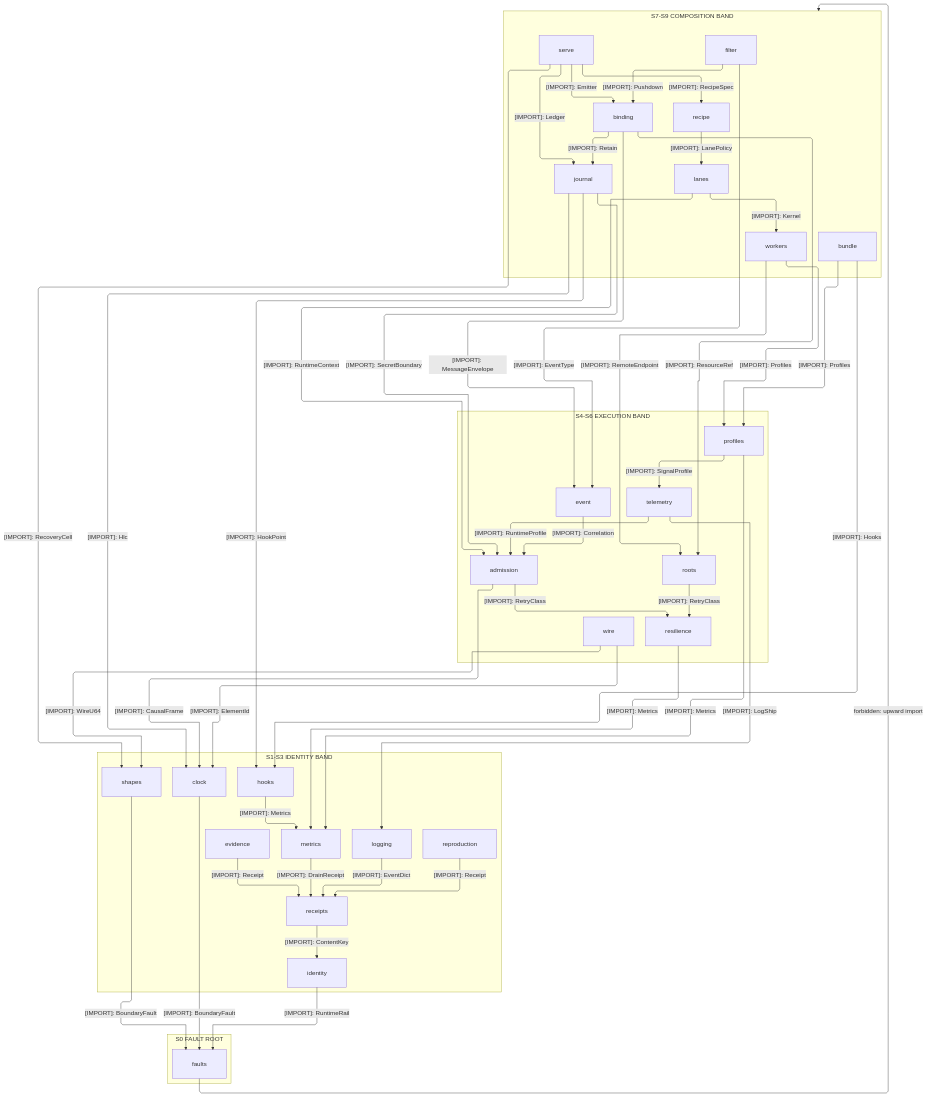
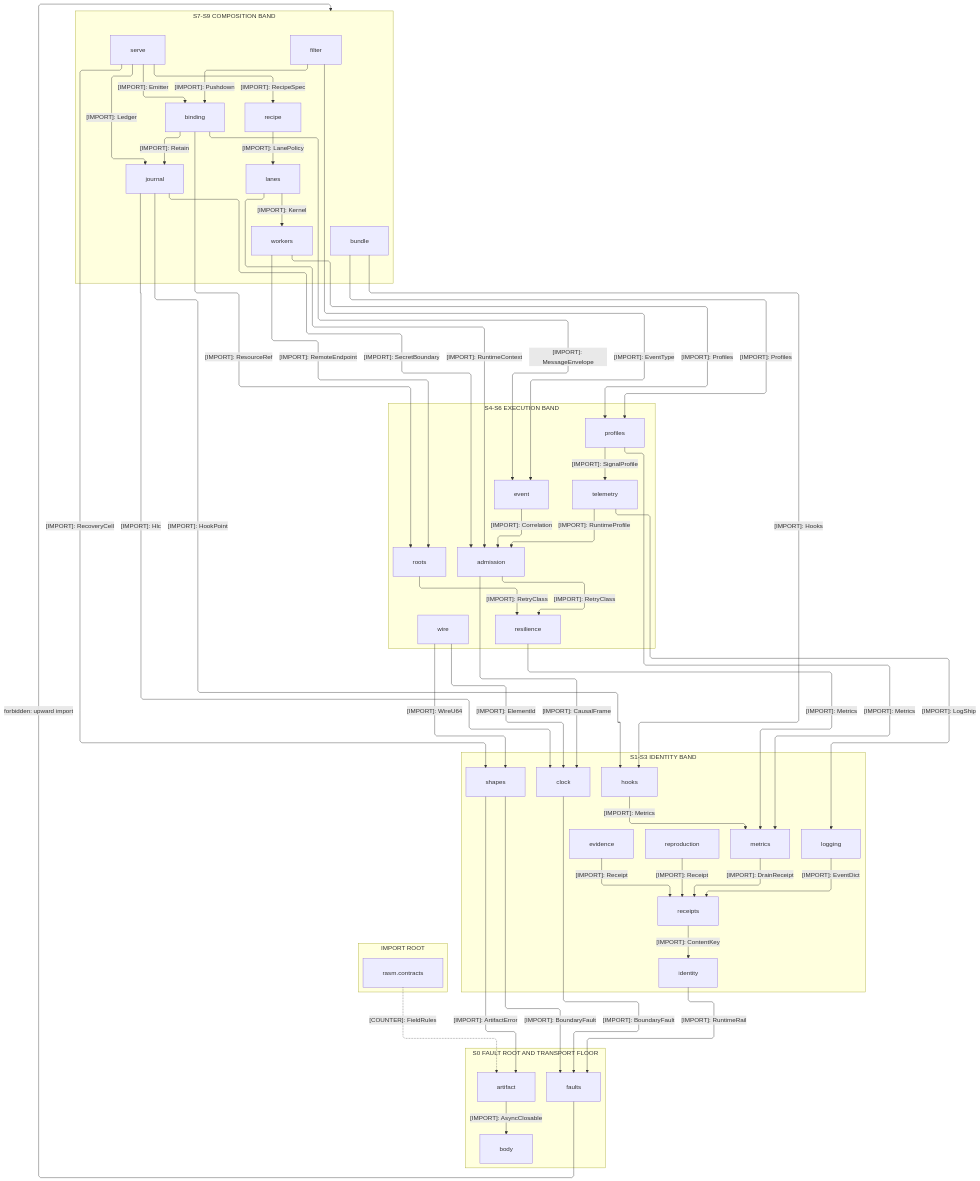
One commit to bsamiee/Rasm changed the first of 4 diagrams in libs/python/runtime/ARCHITECTURE.md. Above: the diagram before and after it, drawn with Mermaid. The commit also changed other lines of this file and 522 other files, not shown here.

````diff
--- a/libs/python/runtime/ARCHITECTURE.md
+++ b/libs/python/runtime/ARCHITECTURE.md
@@ -83,8 +85,13 @@
         Shapes[shapes]
         Identity[identity]
     end
-    subgraph S0["S0 FAULT ROOT"]
+    subgraph S0["S0 FAULT ROOT AND TRANSPORT FLOOR"]
         Faults[faults]
+        Body[body]
+        Artifact[artifact]
+    end
+    subgraph ROOTS["IMPORT ROOT"]
+        Contracts[rasm.contracts]
     end
     Serve e1@-->|"[IMPORT]: RecipeSpec"| Recipe
     Serve e3@-->|"[IMPORT]: RecoveryCell"| Shapes
@@ -125,5 +132,8 @@
     Identity e39@-->|"[IMPORT]: RuntimeRail"| Faults
     Shapes e40@-->|"[IMPORT]: BoundaryFault"| Faults
     Clock e41@-->|"[IMPORT]: BoundaryFault"| Faults
+    Shapes e42@-->|"[IMPORT]: ArtifactError"| Artifact
+    Artifact e43@-->|"[IMPORT]: AsyncClosable"| Body
+    Contracts e44@-.->|"[COUNTER]: FieldRules"| Artifact
     Faults f1@-->|"forbidden: upward import"| S7
 ```
````
